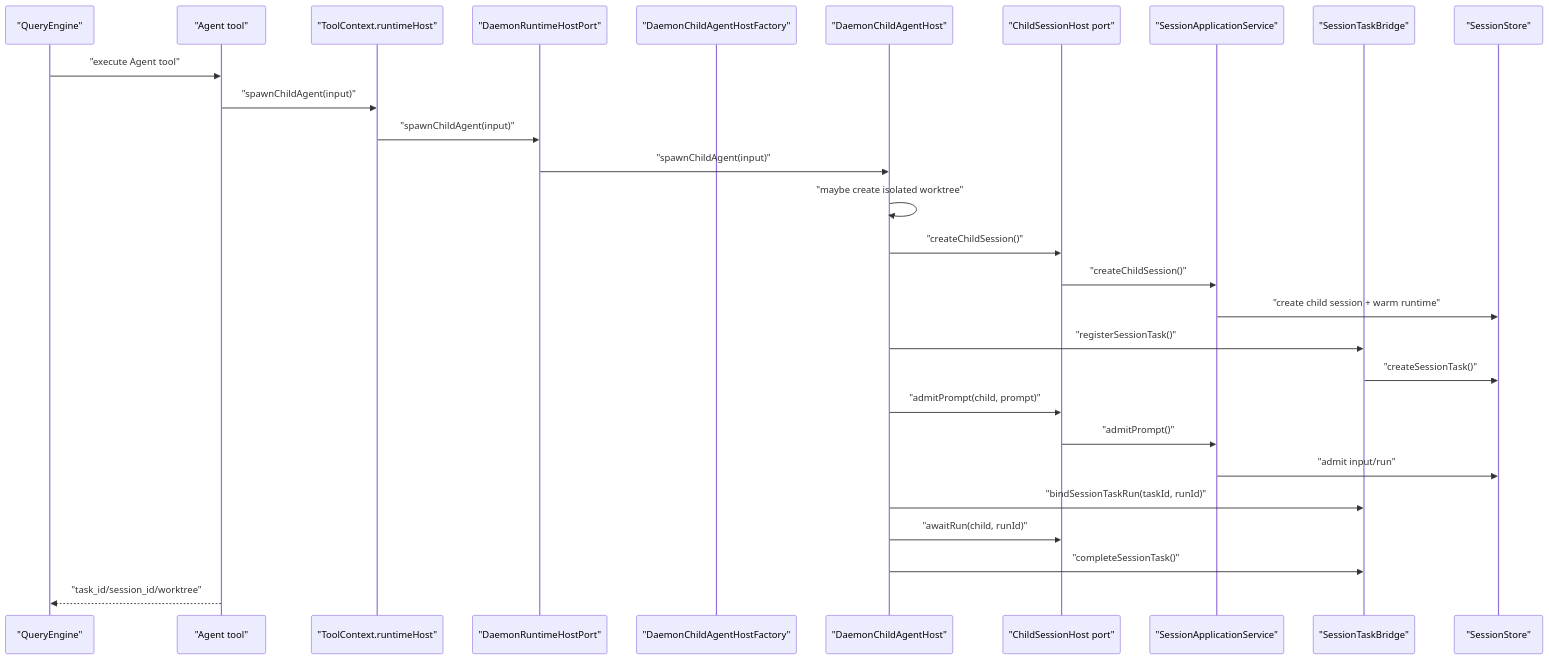
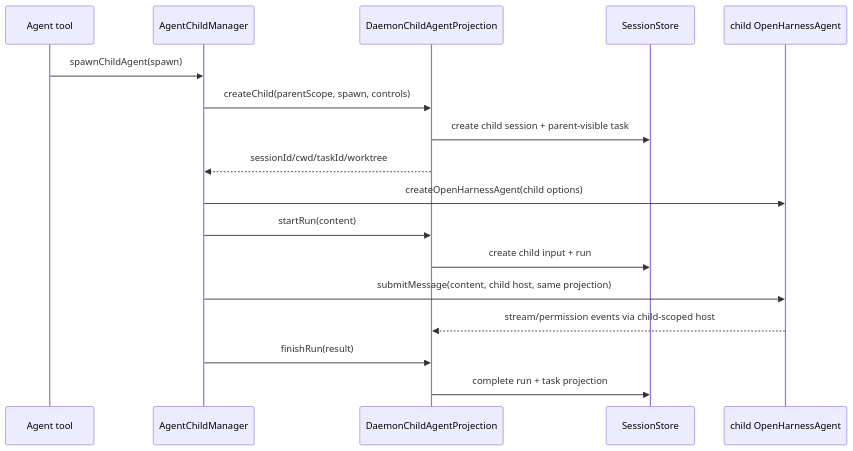
One commit to rzx007/openharness-ts changed the fourth of 4 diagrams in docs/daemon-application-architecture.md. Above: the diagram before and after it, drawn with Mermaid. The commit also changed other lines of this file and 23 other files, not shown here.

Commit message:
docs: establish authoritative agent daemon architecture

````diff
--- a/docs/daemon-application-architecture.md
+++ b/docs/daemon-application-architecture.md
@@ -419,31 +191,20 @@
 ```mermaid
 sequenceDiagram
-  participant QE as "QueryEngine"
-  participant Agent as "Agent tool"
-  participant Host as "ToolContext.runtimeHost"
-  participant DHost as "DaemonRuntimeHostPort"
-  participant Factory as "DaemonChildAgentHostFactory"
-  participant Child as "DaemonChildAgentHost"
-  participant Port as "ChildSessionHost port"
-  participant App as "SessionApplicationService"
-  participant Bridge as "SessionTaskBridge"
-  participant Store as "SessionStore"
+  participant Tool as Agent tool
+  participant M as AgentChildManager
+  participant DP as DaemonChildAgentProjection
+  participant Store as SessionStore
+  participant Child as child OpenHarnessAgent
 
-  QE->>Agent: "execute Agent tool"
-  Agent->>Host: "spawnChildAgent(input)"
-  Host->>DHost: "spawnChildAgent(input)"
-  DHost->>Child: "spawnChildAgent(input)"
-  Child->>Child: "maybe create isolated worktree"
-  Child->>Port: "createChildSession()"
-  Port->>App: "createChildSession()"
-  App->>Store: "create child session + warm runtime"
-  Child->>Bridge: "registerSessionTask()"
-  Bridge->>Store: "createSessionTask()"
-  Child->>Port: "admitPrompt(child, prompt)"
-  Port->>App: "admitPrompt()"
-  App->>Store: "admit input/run"
-  Child->>Bridge: "bindSessionTaskRun(taskId, runId)"
-  Child->>Port: "awaitRun(child, runId)"
-  Child->>Bridge: "completeSessionTask()"
-  Agent-->>QE: "task_id/session_id/worktree"
+  Tool->>M: spawnChildAgent(spawn)
+  M->>DP: createChild(parentScope, spawn, controls)
+  DP->>Store: create child session + parent-visible task
+  DP-->>M: sessionId/cwd/taskId/worktree
+  M->>Child: createOpenHarnessAgent(child options)
+  M->>DP: startRun(content)
+  DP->>Store: create child input + run
+  M->>Child: submitMessage(content, child host, same projection)
+  Child-->>DP: stream/permission events via child-scoped host
+  M->>DP: finishRun(result)
+  DP->>Store: complete run + task projection
 ```
````
